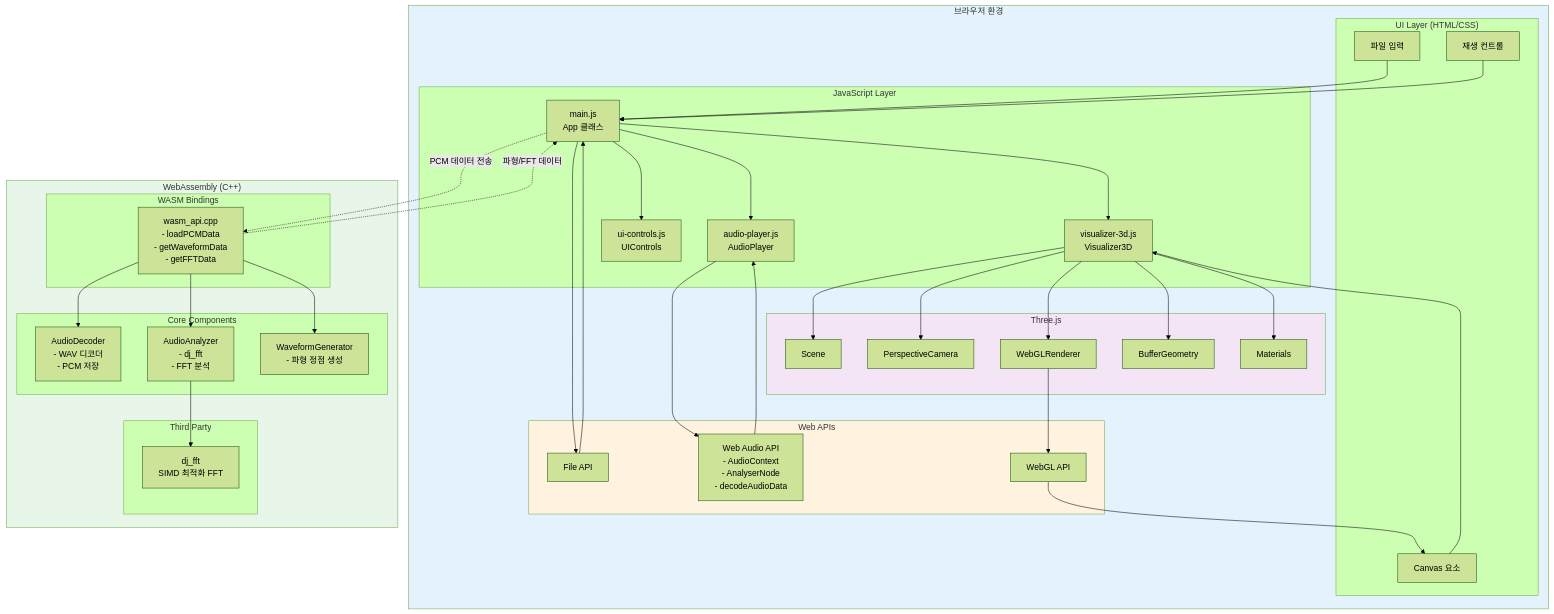
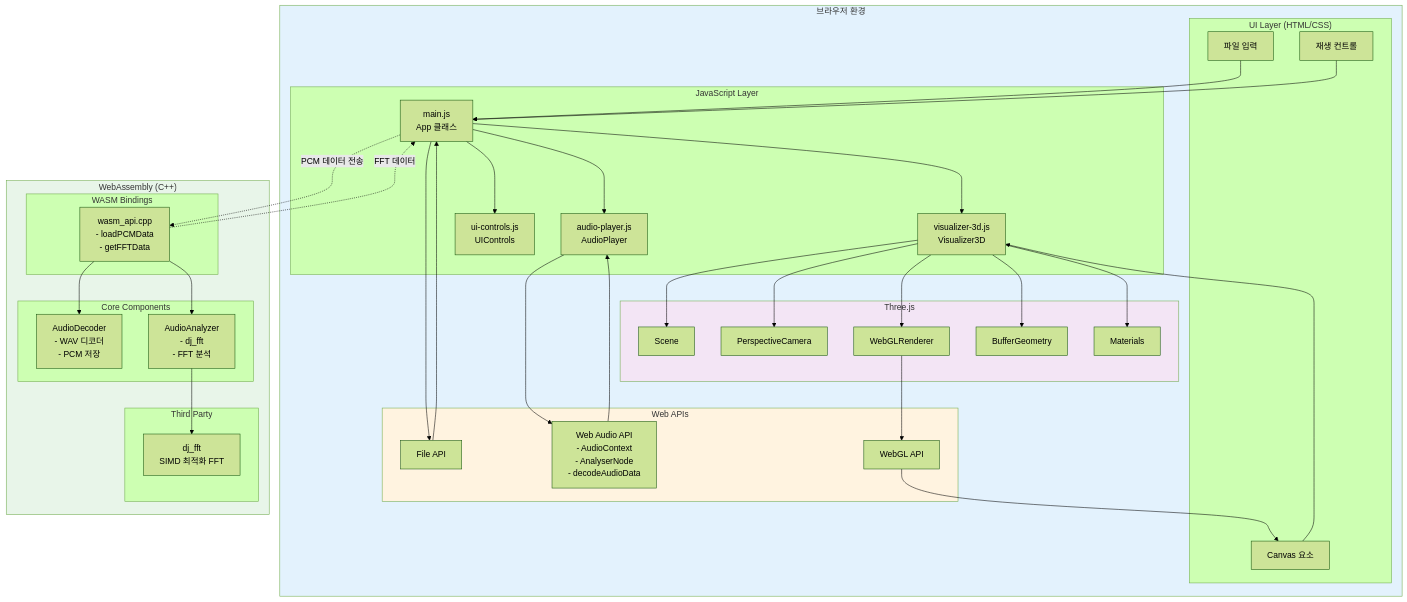
One commit to AshtonYoon/wasm-audio-visualizer changed the fourth of 8 diagrams in ARCHITECTURE.md. Above: the diagram before and after it, drawn with Mermaid (forest theme). The commit also changed other lines of this file and 6 other files, not shown here.

Commit message:
- disable feature (waveform generator)

```diff
--- a/ARCHITECTURE.md
+++ b/ARCHITECTURE.md
@@ -180,13 +165,12 @@
 
     subgraph WASM["WebAssembly (C++)"]
         subgraph API["WASM Bindings"]
-            WasmAPI[wasm_api.cpp<br/>- loadPCMData<br/>- getWaveformData<br/>- getFFTData]
+            WasmAPI[wasm_api.cpp<br/>- loadPCMData<br/>- getFFTData]
         end
 
         subgraph Core["Core Components"]
             Decoder[AudioDecoder<br/>- WAV 디코더<br/>- PCM 저장]
             Analyzer[AudioAnalyzer<br/>- dj_fft<br/>- FFT 분석]
-            WaveGen[WaveformGenerator<br/>- 파형 정점 생성]
         end
 
         subgraph Lib["Third Party"]
@@ -209,11 +193,10 @@
     AudioAPI --> Player
 
     Main -.->|PCM 데이터 전송| WasmAPI
-    WasmAPI -.->|파형/FFT 데이터| Main
+    WasmAPI -.->|FFT 데이터| Main
 
     WasmAPI --> Decoder
     WasmAPI --> Analyzer
-    WasmAPI --> WaveGen
 
     Analyzer --> DJFFT
 
```
